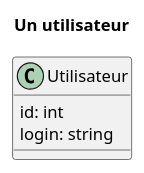
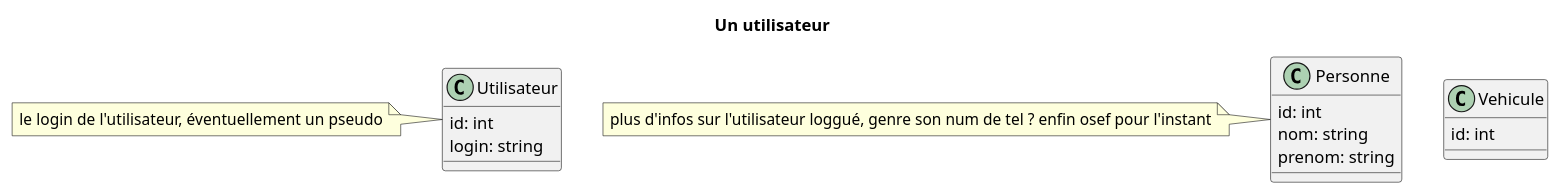
The diagram in conception/modelisation.puml (gh4w/covoiturage), drawn with PlantUML before and after one commit.

Commit message:
uhèmèle

```diff
--- a/conception/modelisation.puml
+++ b/conception/modelisation.puml
@@ -1,9 +1,25 @@
 @startuml
 
 title Un utilisateur
 
 class Utilisateur {
     id: int
     login: string
 }
+
+note left: le login de l'utilisateur, éventuellement un pseudo
+
+class Personne {
+    id: int
+    nom: string
+    prenom: string
+}
+
+note left: plus d'infos sur l'utilisateur loggué, genre son num de tel ? enfin osef pour l'instant
+
+class Vehicule {
+    id: int
+}
+
+
 @enduml
```
